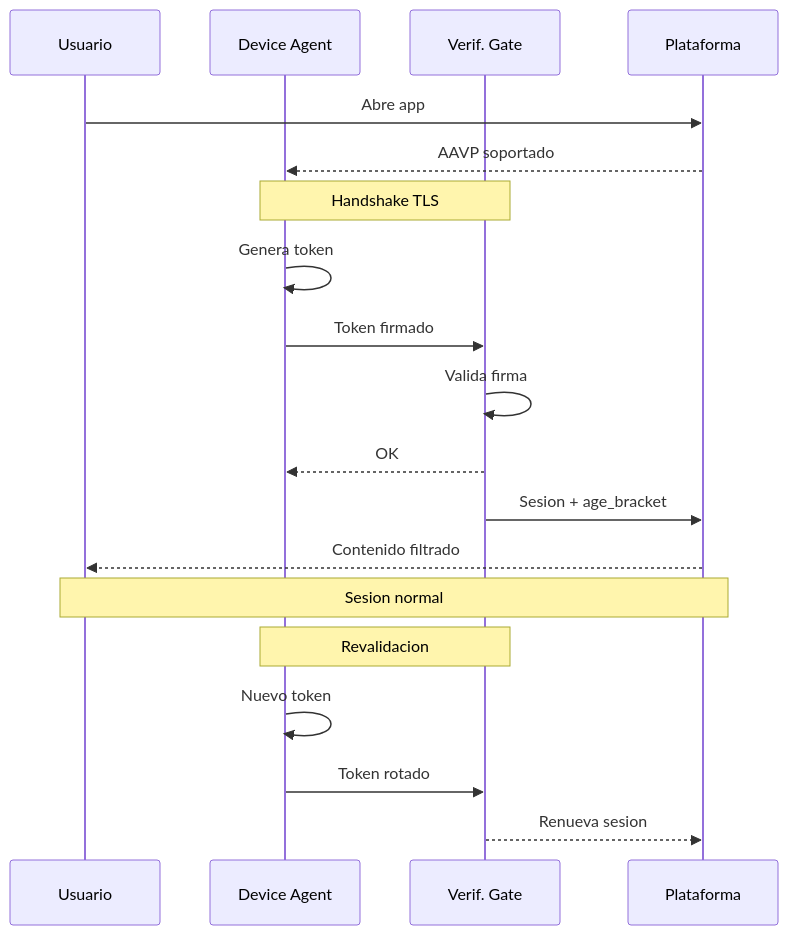
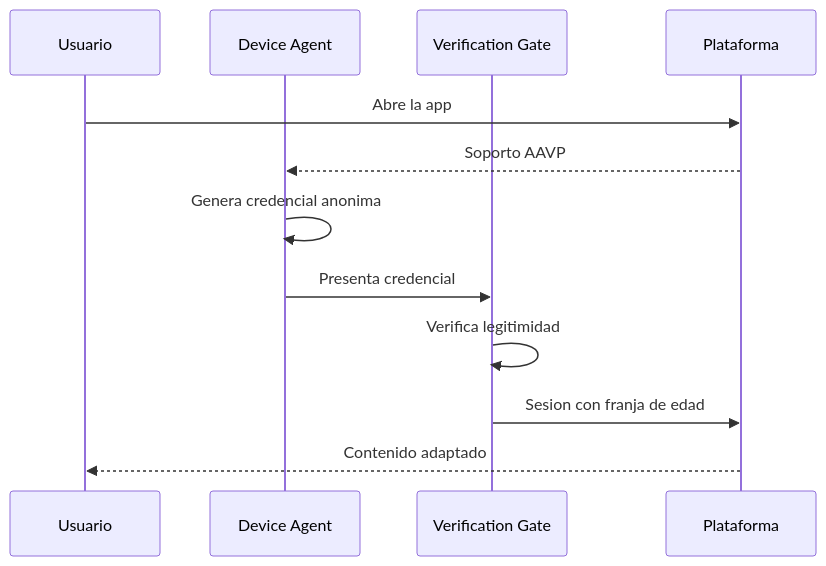
Before and after one commit to jorgej-ramos/AAVP: the second of 4 diagrams in README.md, drawn with Mermaid. The commit also changed other lines of this file and 1 other file, not shown here.

````diff
--- a/README.md
+++ b/README.md
@@ -148,26 +103,17 @@
 ```mermaid
 sequenceDiagram
     participant U as Usuario
     participant DA as Device Agent
-    participant VG as Verif. Gate
+    participant VG as Verification Gate
     participant APP as Plataforma
 
-    U->>APP: Abre app
-    APP-->>DA: AAVP soportado
+    U->>APP: Abre la app
+    APP-->>DA: Soporto AAVP
 
-    Note over DA,VG: Handshake TLS
-    DA->>DA: Genera token
-    DA->>VG: Token firmado
-    VG->>VG: Valida firma
-    VG-->>DA: OK
+    DA->>DA: Genera credencial anonima
+    DA->>VG: Presenta credencial
+    VG->>VG: Verifica legitimidad
+    VG->>APP: Sesion con franja de edad
 
-    VG->>APP: Sesion + age_bracket
-    APP-->>U: Contenido filtrado
-
-    Note over U,APP: Sesion normal
-
-    Note over DA,VG: Revalidacion
-    DA->>DA: Nuevo token
-    DA->>VG: Token rotado
-    VG-->>APP: Renueva sesion
+    APP-->>U: Contenido adaptado
 ```
````
